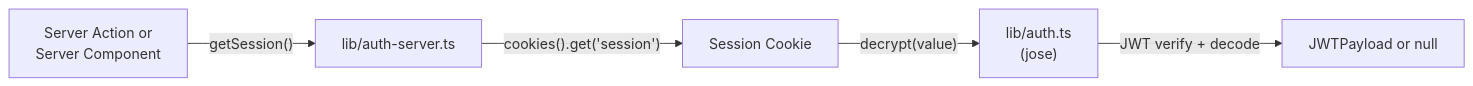
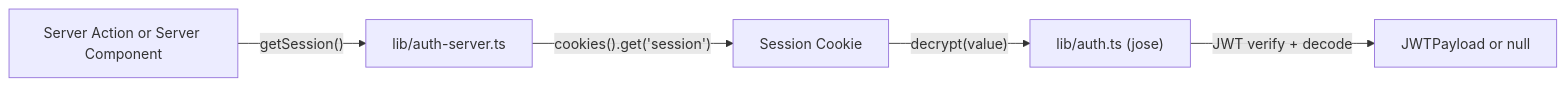
One commit to asefahmed500/Smart-Task-App_IIT_DU_Final_Project changed the sixth of 7 diagrams in docs/02-authentication.md. Above: the diagram before and after it, drawn with Mermaid. The commit also changed other lines of this file and 8 other files, not shown here.

Commit message:
fix: remove br tags from mermaid diagrams for GitHub rendering

````diff
--- a/docs/02-authentication.md
+++ b/docs/02-authentication.md
@@ -262,7 +262,7 @@
 ```mermaid
 flowchart LR
-    CALLER["Server Action or<br/>Server Component"] -->|"getSession()"| AUTH_SERVER["lib/auth-server.ts"]
+    CALLER["Server Action or Server Component"] -->|"getSession()"| AUTH_SERVER["lib/auth-server.ts"]
     AUTH_SERVER -->|"cookies().get('session')"| COOKIE["Session Cookie"]
-    COOKIE -->|"decrypt(value)"| AUTH_LIB["lib/auth.ts<br/>(jose)"]
+    COOKIE -->|"decrypt(value)"| AUTH_LIB["lib/auth.ts (jose)"]
     AUTH_LIB -->|"JWT verify + decode"| PAYLOAD["JWTPayload or null"]
 ```
````
